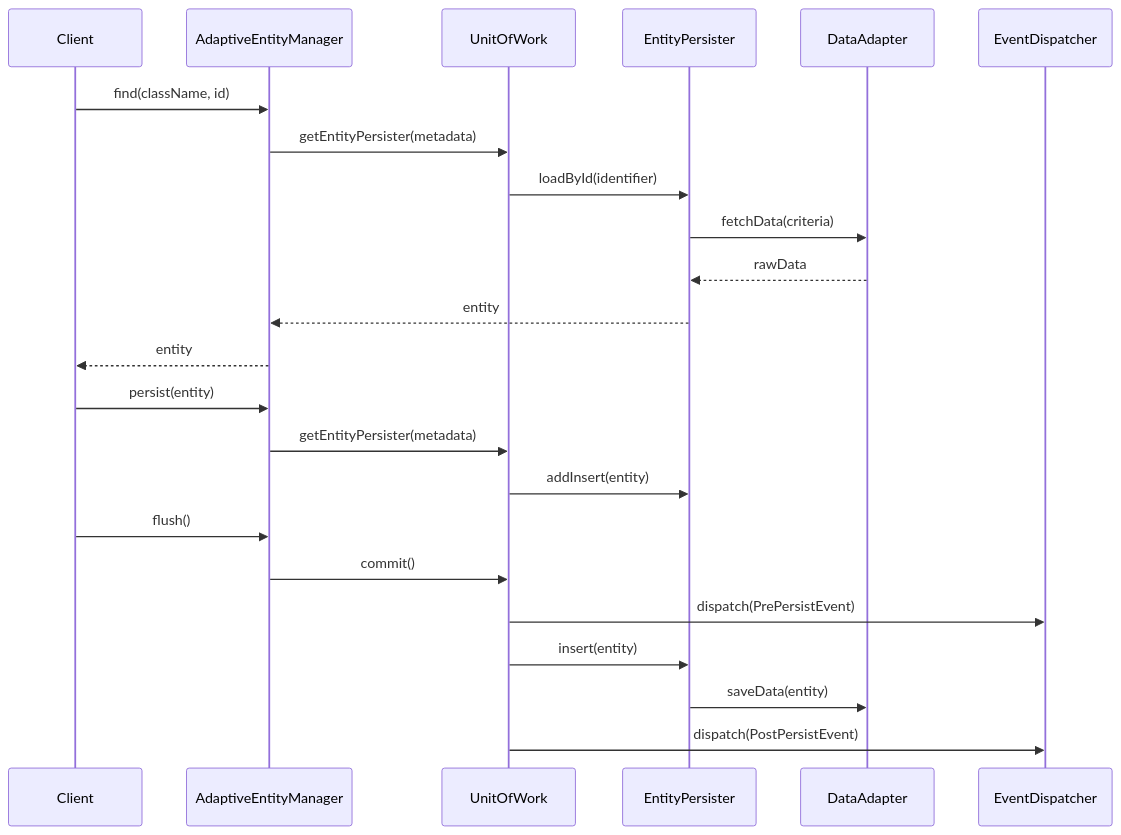
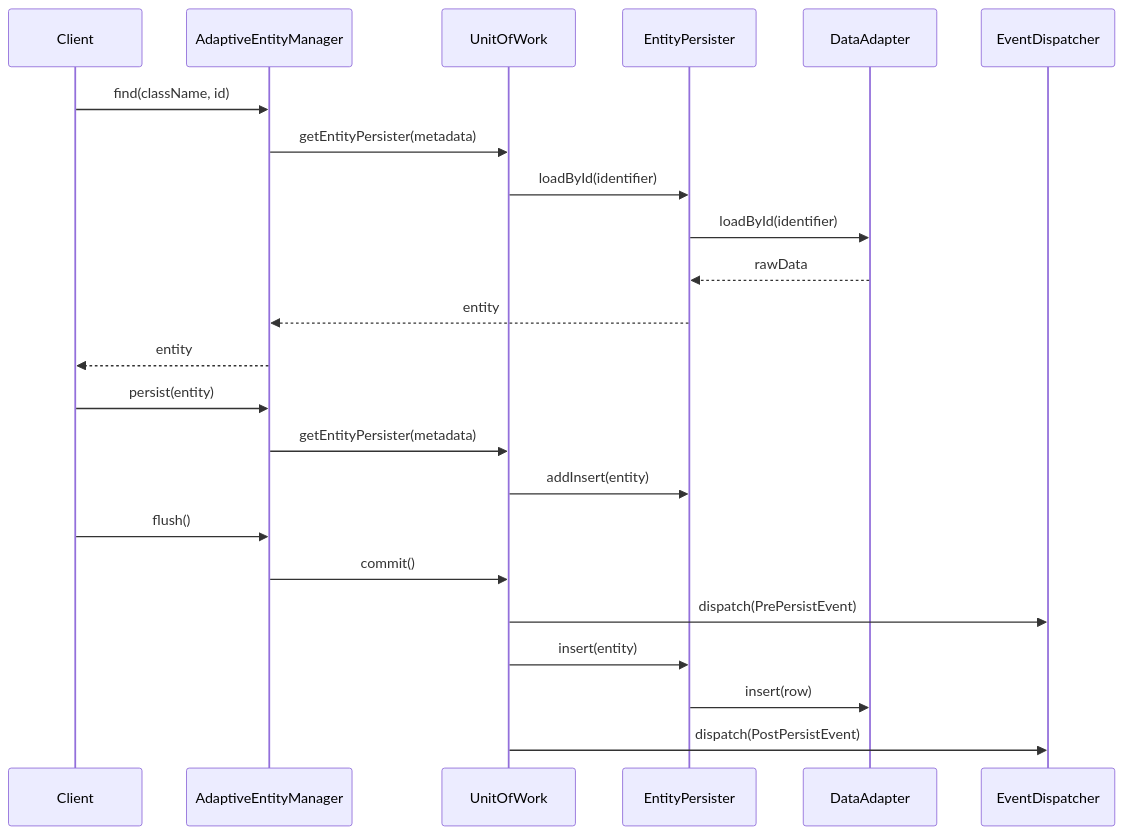
Before and after one commit to kabiroman/adaptive-entity-manager: the second of 7 diagrams in docs/ARCHITECTURE_DIAGRAMS.md, drawn with Mermaid. The commit also changed 6 other files, not shown here.

Commit message:
docs: align diagrams and links with codebase

````diff
--- a/docs/ARCHITECTURE_DIAGRAMS.md
+++ b/docs/ARCHITECTURE_DIAGRAMS.md
@@ -79,28 +79,28 @@
 ```mermaid
 sequenceDiagram
     participant Client
     participant AEM as AdaptiveEntityManager
     participant UOW as UnitOfWork
     participant EP as EntityPersister
     participant DA as DataAdapter
     participant ED as EventDispatcher
 
     Client->>AEM: find(className, id)
     AEM->>UOW: getEntityPersister(metadata)
     UOW->>EP: loadById(identifier)
-    EP->>DA: fetchData(criteria)
+    EP->>DA: loadById(identifier)
     DA-->>EP: rawData
     EP-->>AEM: entity
     AEM-->>Client: entity
 
     Client->>AEM: persist(entity)
     AEM->>UOW: getEntityPersister(metadata)
     UOW->>EP: addInsert(entity)
 
     Client->>AEM: flush()
     AEM->>UOW: commit()
     UOW->>ED: dispatch(PrePersistEvent)
     UOW->>EP: insert(entity)
-    EP->>DA: saveData(entity)
+    EP->>DA: insert(row)
     UOW->>ED: dispatch(PostPersistEvent)
 ```
````
